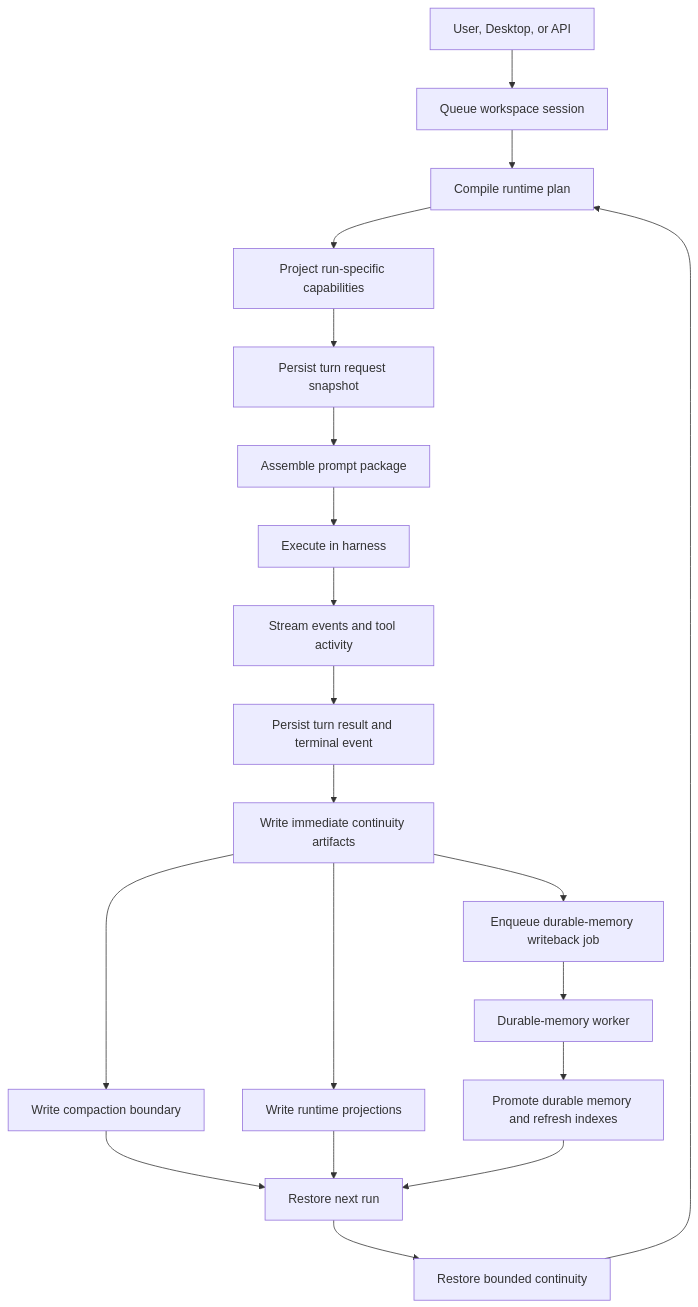
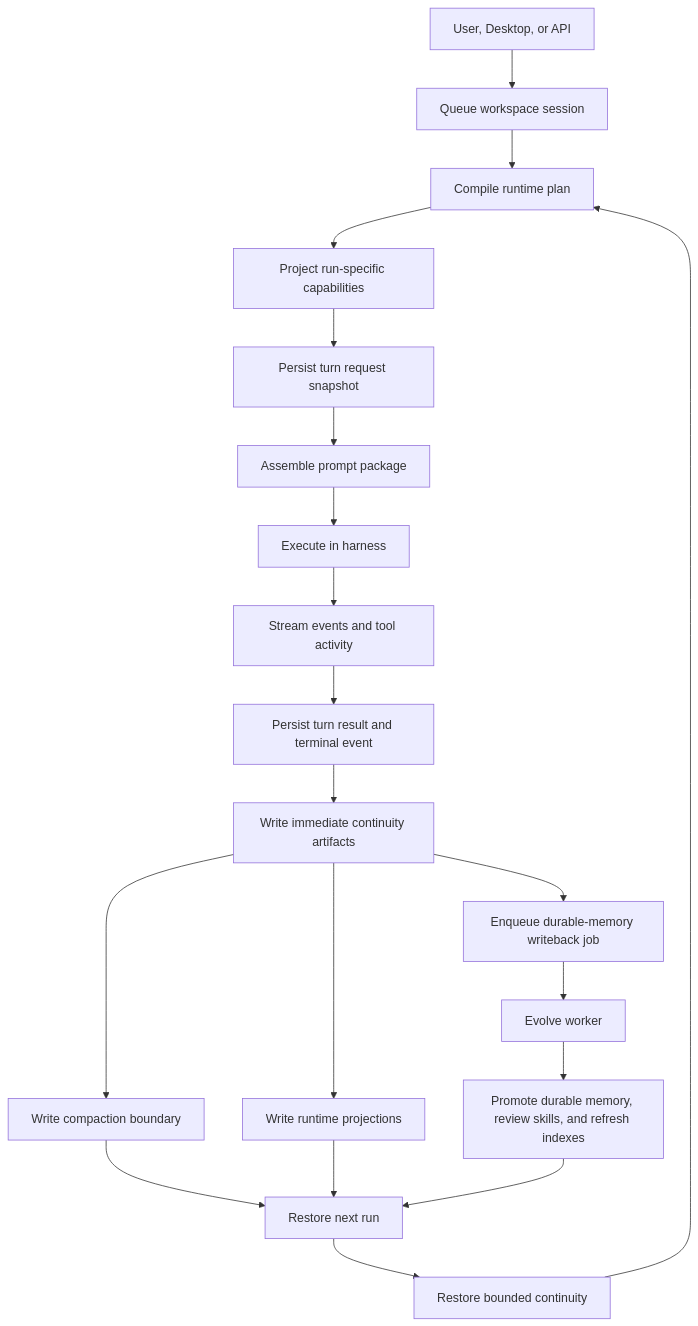
The diagram in README.md (holaboss-ai/hola-boss-oss), drawn with Mermaid before and after one commit. The commit also changed other lines of this file and 6 other files, not shown here.

First line of the commit message:
feat: add evolve skill patch candidates and document evolve flow

````diff
--- a/README.md
+++ b/README.md
@@ -187,22 +187,22 @@
 ```mermaid
 graph TD;
     A["User, Desktop, or API"] --> B["Queue workspace session"];
     B --> C["Compile runtime plan"];
     C --> D["Project run-specific capabilities"];
     D --> E["Persist turn request snapshot"];
     E --> F["Assemble prompt package"];
     F --> G["Execute in harness"];
     G --> H["Stream events and tool activity"];
     H --> I["Persist turn result and terminal event"];
     I --> J["Write immediate continuity artifacts"];
     J --> K["Write compaction boundary"];
     J --> L["Write runtime projections"];
     J --> M["Enqueue durable-memory writeback job"];
-    M --> P["Durable-memory worker"];
-    P --> Q["Promote durable memory and refresh indexes"];
+    M --> P["Evolve worker"];
+    P --> Q["Promote durable memory, review skills, and refresh indexes"];
     K --> N["Restore next run"];
     L --> N;
     Q --> N;
     N --> O["Restore bounded continuity"];
     O --> C;
 ```
````
